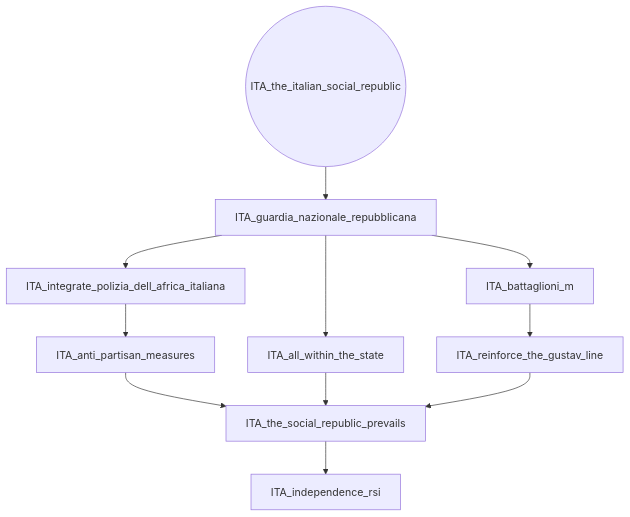
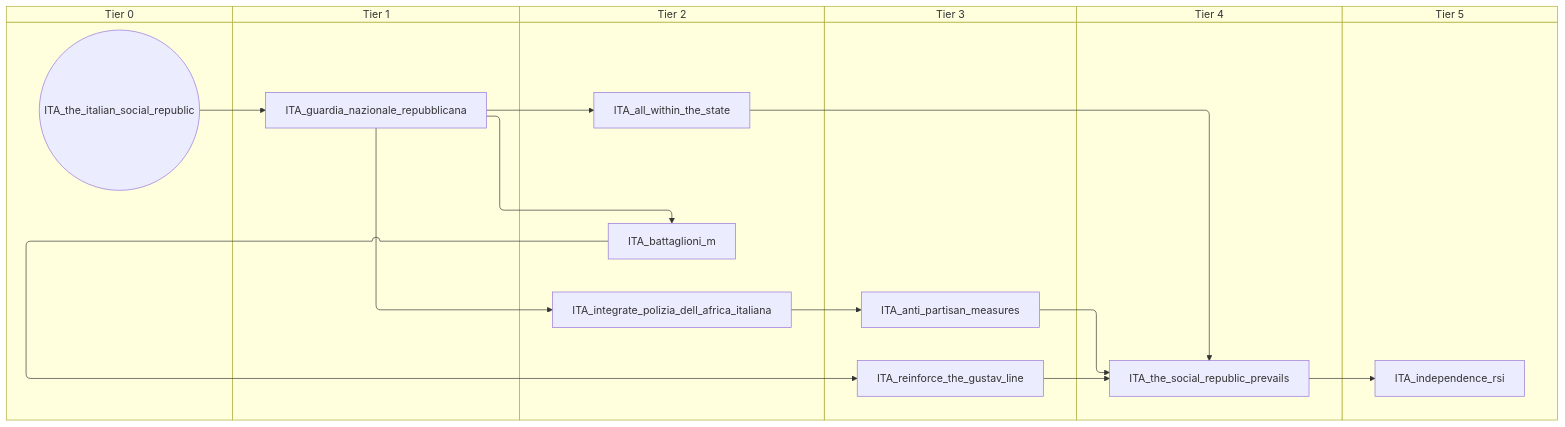
Before and after one commit to evgeny-sobol/hoi4-sandbox-mode-r56: the tenth of 10 diagrams in docs/gdd/National Focuses/italy.md, drawn with Mermaid. The commit also changed other lines of this file and 423 other files, not shown here.

First line of the commit message:
Re-export Rt56 focus trees as swimlane diagrams

````diff
--- a/docs/gdd/National Focuses/italy.md
+++ b/docs/gdd/National Focuses/italy.md
@@ -2238,22 +2412,34 @@
 ```mermaid
-flowchart TD
-    n362["ITA_all_within_the_state"]
-    n363["ITA_anti_partisan_measures"]
-    n364["ITA_battaglioni_m"]
-    n365["ITA_guardia_nazionale_repubblicana"]
-    n366["ITA_independence_rsi"]
-    n367["ITA_integrate_polizia_dell_africa_italiana"]
-    n368["ITA_reinforce_the_gustav_line"]
-    n369(("ITA_the_italian_social_republic"))
-    n370["ITA_the_social_republic_prevails"]
-    n365 --> n362
-    n367 --> n363
-    n365 --> n364
-    n369 --> n365
-    n370 --> n366
-    n365 --> n367
-    n364 --> n368
-    n363 --> n370
-    n362 --> n370
-    n368 --> n370
+swimlane-beta TD
+    subgraph tier_0["Tier 0"]
+        n362(("ITA_the_italian_social_republic"))
+    end
+    subgraph tier_1["Tier 1"]
+        n363["ITA_guardia_nazionale_repubblicana"]
+    end
+    subgraph tier_2["Tier 2"]
+        n364["ITA_all_within_the_state"]
+        n365["ITA_battaglioni_m"]
+        n366["ITA_integrate_polizia_dell_africa_italiana"]
+    end
+    subgraph tier_3["Tier 3"]
+        n367["ITA_anti_partisan_measures"]
+        n368["ITA_reinforce_the_gustav_line"]
+    end
+    subgraph tier_4["Tier 4"]
+        n369["ITA_the_social_republic_prevails"]
+    end
+    subgraph tier_5["Tier 5"]
+        n370["ITA_independence_rsi"]
+    end
+    n363 --> n364
+    n366 --> n367
+    n363 --> n365
+    n362 --> n363
+    n369 --> n370
+    n363 --> n366
+    n365 --> n368
+    n367 --> n369
+    n364 --> n369
+    n368 --> n369
 ```
````
